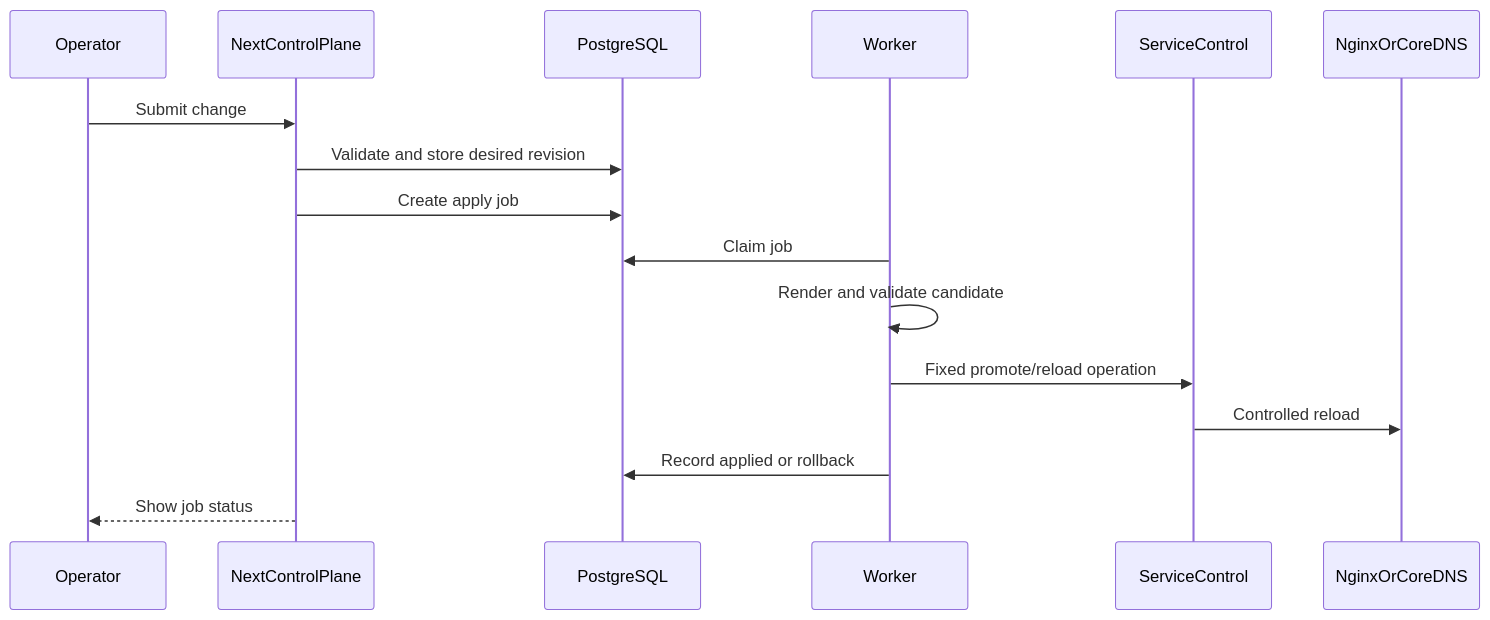
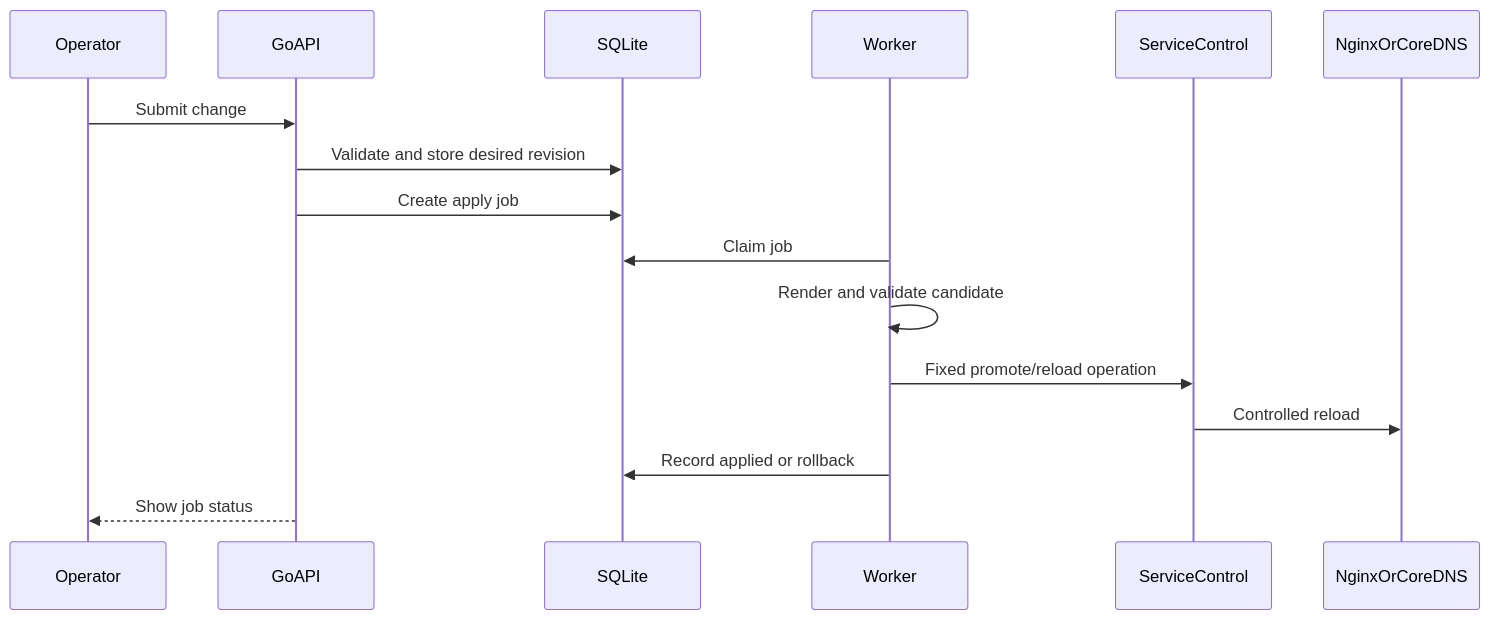
The second of 2 diagrams in docs/architecture.md (zerkc/ProxyCore), drawn with Mermaid before and after one commit. The commit also changed other lines of this file and 5 other files, not shown here.

First line of the commit message:
docs(architecture): describe the SQLite runtime and persistence model

````diff
--- a/docs/architecture.md
+++ b/docs/architecture.md
@@ -105,19 +113,19 @@
 ```mermaid
 sequenceDiagram
   participant Operator
-  participant Web as NextControlPlane
-  participant Db as PostgreSQL
+  participant Web as GoAPI
+  participant Db as SQLite
   participant Worker
   participant Control as ServiceControl
   participant Service as NginxOrCoreDNS
 
   Operator->>Web: Submit change
   Web->>Db: Validate and store desired revision
   Web->>Db: Create apply job
   Worker->>Db: Claim job
   Worker->>Worker: Render and validate candidate
   Worker->>Control: Fixed promote/reload operation
   Control->>Service: Controlled reload
   Worker->>Db: Record applied or rollback
   Web-->>Operator: Show job status
 ```
````
